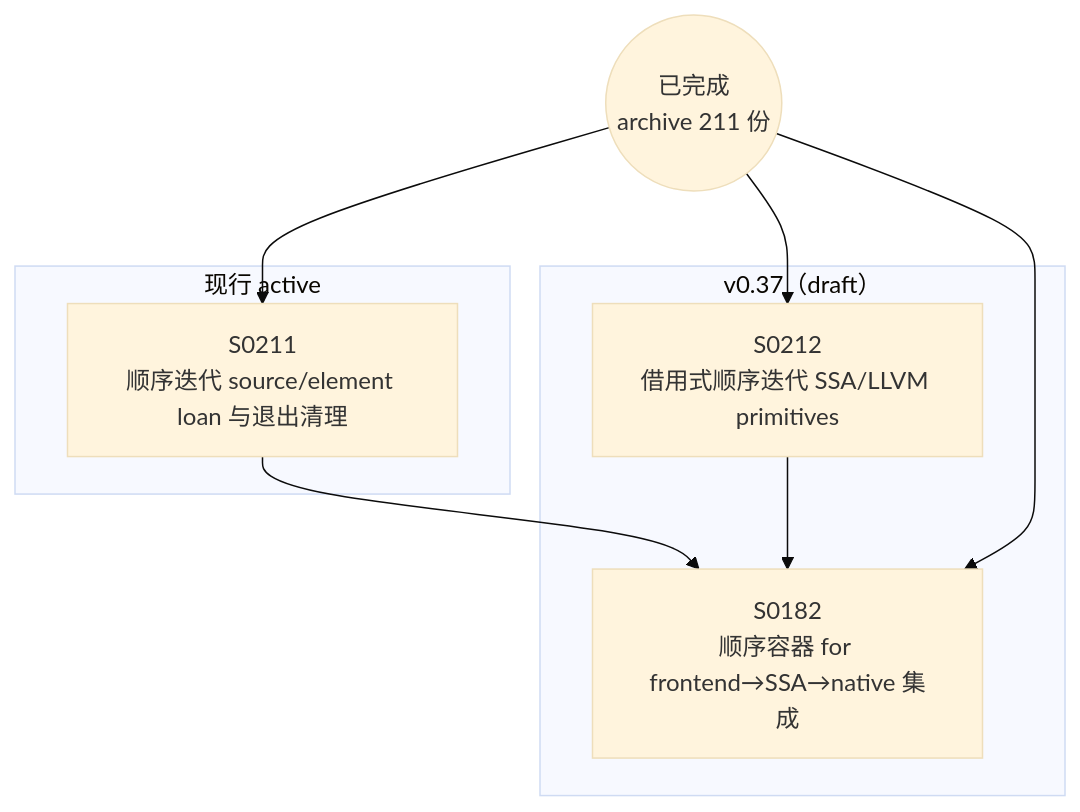
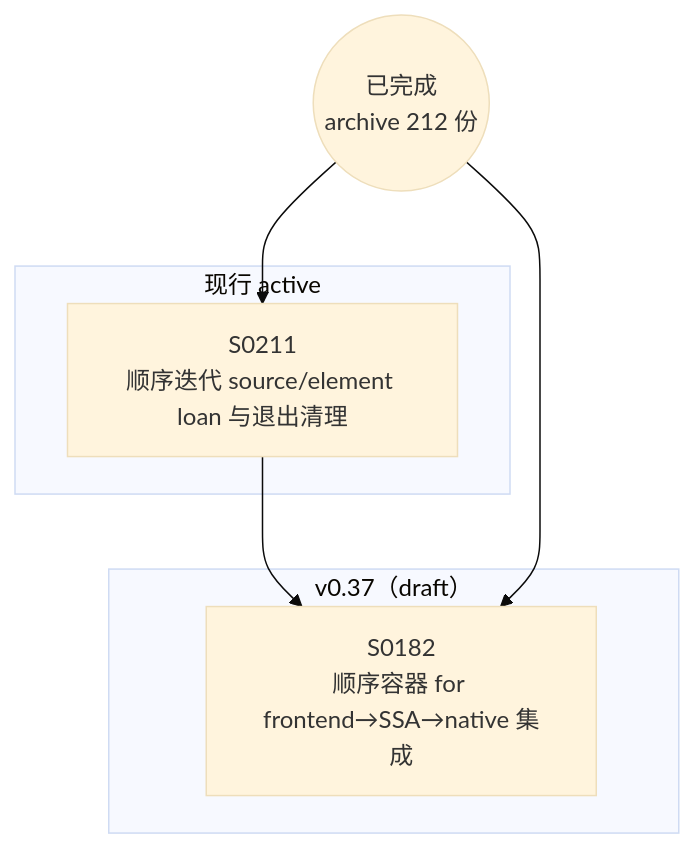
One commit to Halckon/Koven changed the diagram in docs/specs/dependency-graph.md. Above: the diagram before and after it, drawn with Mermaid (base theme). The commit also changed other lines of this file and 28 other files, not shown here.

````diff
--- a/docs/specs/dependency-graph.md
+++ b/docs/specs/dependency-graph.md
@@ -9,16 +9,13 @@
 ```mermaid
 flowchart TD
-ARCH(("已完成<br/>archive 211 份"))
+ARCH(("已完成<br/>archive 212 份"))
 subgraph Gactive["现行 active"]
   S0211["S0211<br/>顺序迭代 source/element loan 与退出清理"]
 end
 subgraph Gdrafts_v037["v0.37（draft）"]
   S0182["S0182<br/>顺序容器 for frontend→SSA→native 集成"]
-  S0212["S0212<br/>借用式顺序迭代 SSA/LLVM primitives"]
 end
 S0211 --> S0182
-S0212 --> S0182
 ARCH --> S0182
 ARCH --> S0211
-ARCH --> S0212
 ```
````
